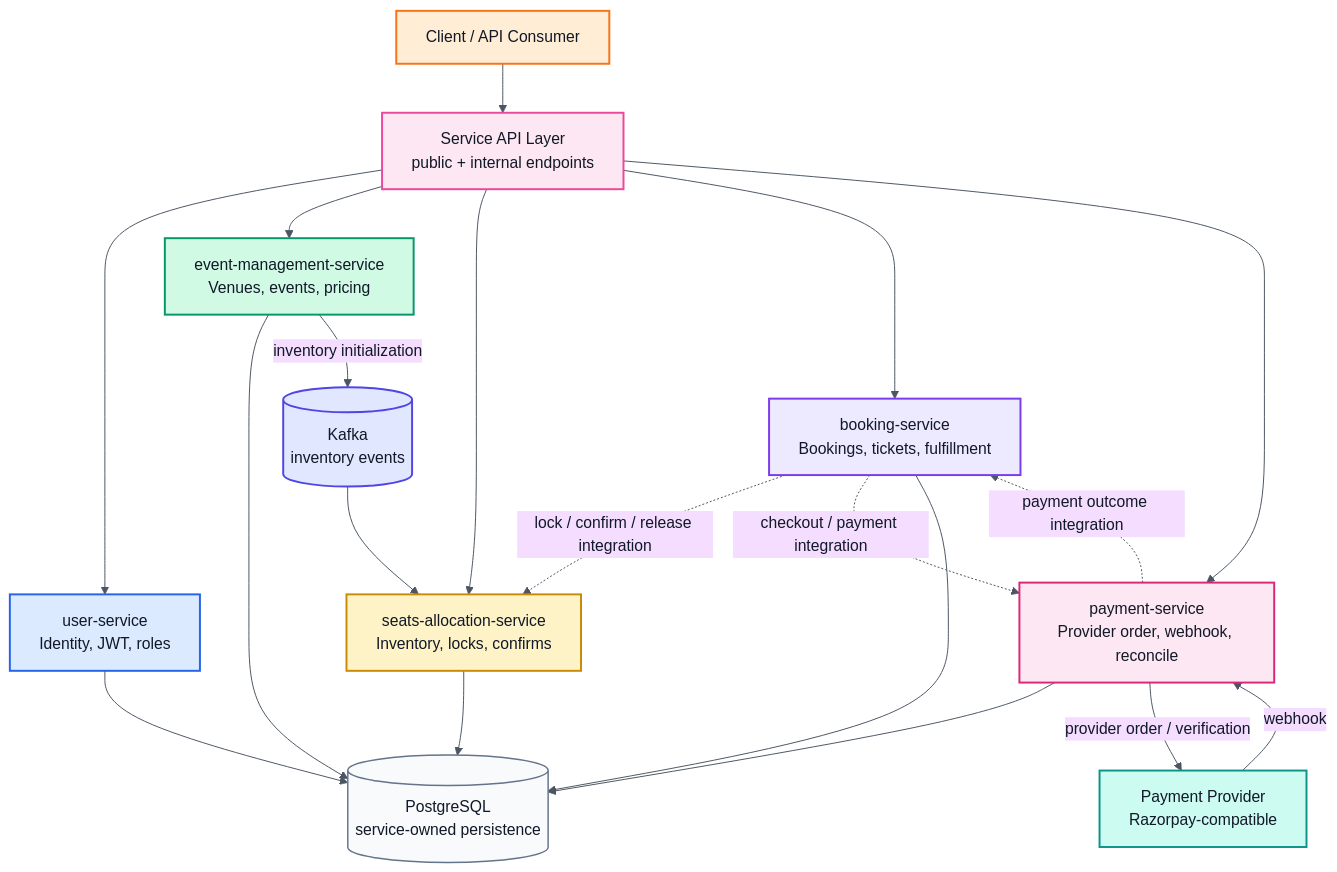
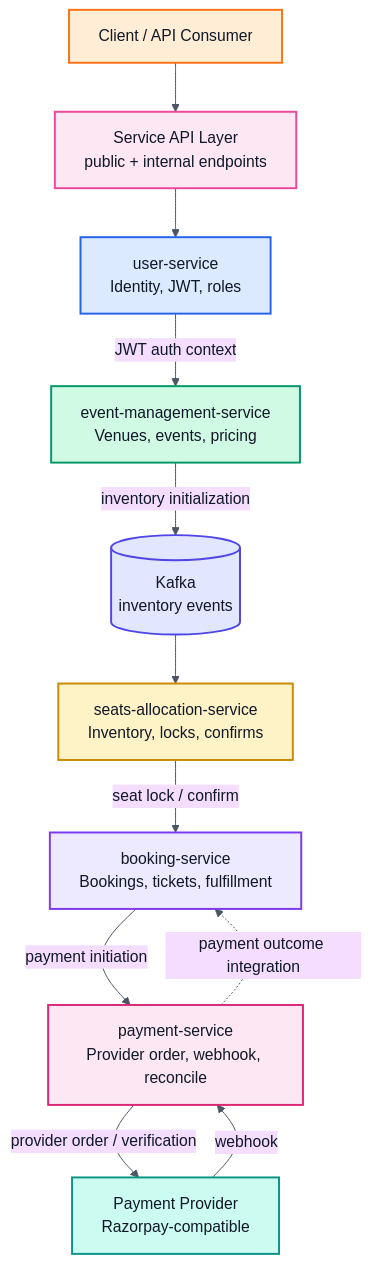
One commit to AbhinavMantri/ticketmaster-capstone changed the diagram in README.md. Above: the diagram before and after it, drawn with Mermaid.

Commit message:
Use readable platform flow diagram

````diff
--- a/README.md
+++ b/README.md
@@ -11,61 +11,46 @@
 ```mermaid
 %%{init: {"theme":"base","themeVariables":{"background":"#ffffff","primaryTextColor":"#111827","lineColor":"#4b5563","fontFamily":"Inter, ui-sans-serif, system-ui"}}}%%
 flowchart TB
     client["Client / API Consumer"]
     entry["Service API Layer<br/>public + internal endpoints"]
 
     user["user-service<br/>Identity, JWT, roles"]
     event["event-management-service<br/>Venues, events, pricing"]
     seats["seats-allocation-service<br/>Inventory, locks, confirms"]
     booking["booking-service<br/>Bookings, tickets, fulfillment"]
     payment["payment-service<br/>Provider order, webhook, reconcile"]
 
     kafka[("Kafka<br/>inventory events")]
-    postgres[("PostgreSQL<br/>service-owned persistence")]
     provider["Payment Provider<br/>Razorpay-compatible"]
 
     client --> entry
-
     entry --> user
-    entry --> event
-    entry --> seats
-    entry --> booking
-    booking -. "lock / confirm / release integration" .-> seats
-    entry --> payment
-    booking -. "checkout / payment integration" .-> payment
-
-    user --> postgres
-    event --> postgres
-    seats --> postgres
-    booking --> postgres
-    payment --> postgres
-
+    user -- "JWT auth context" --> event
     event -- "inventory initialization" --> kafka
     kafka --> seats
-
+    seats -- "seat lock / confirm" --> booking
+    booking -- "payment initiation" --> payment
     payment -- "provider order / verification" --> provider
     provider -- "webhook" --> payment
     payment -. "payment outcome integration" .-> booking
 
     classDef clientNode fill:#ffedd5,stroke:#f97316,stroke-width:2px,color:#111827;
     classDef entryNode fill:#fce7f3,stroke:#ec4899,stroke-width:2px,color:#111827;
     classDef identityNode fill:#dbeafe,stroke:#2563eb,stroke-width:2px,color:#111827;
     classDef catalogNode fill:#d1fae5,stroke:#059669,stroke-width:2px,color:#111827;
     classDef inventoryNode fill:#fef3c7,stroke:#ca8a04,stroke-width:2px,color:#111827;
     classDef fulfillmentNode fill:#ede9fe,stroke:#7c3aed,stroke-width:2px,color:#111827;
     classDef paymentNode fill:#fce7f3,stroke:#db2777,stroke-width:2px,color:#111827;
     classDef streamNode fill:#e0e7ff,stroke:#4f46e5,stroke-width:2px,color:#111827;
     classDef externalNode fill:#ccfbf1,stroke:#0d9488,stroke-width:2px,color:#111827;
-    classDef dataNode fill:#f8fafc,stroke:#64748b,stroke-width:1.5px,color:#111827;
 
     class client clientNode;
     class entry entryNode;
     class user identityNode;
     class event catalogNode;
     class seats inventoryNode;
     class booking fulfillmentNode;
     class payment paymentNode;
     class kafka streamNode;
     class provider externalNode;
-    class postgres dataNode;
 ```
````
